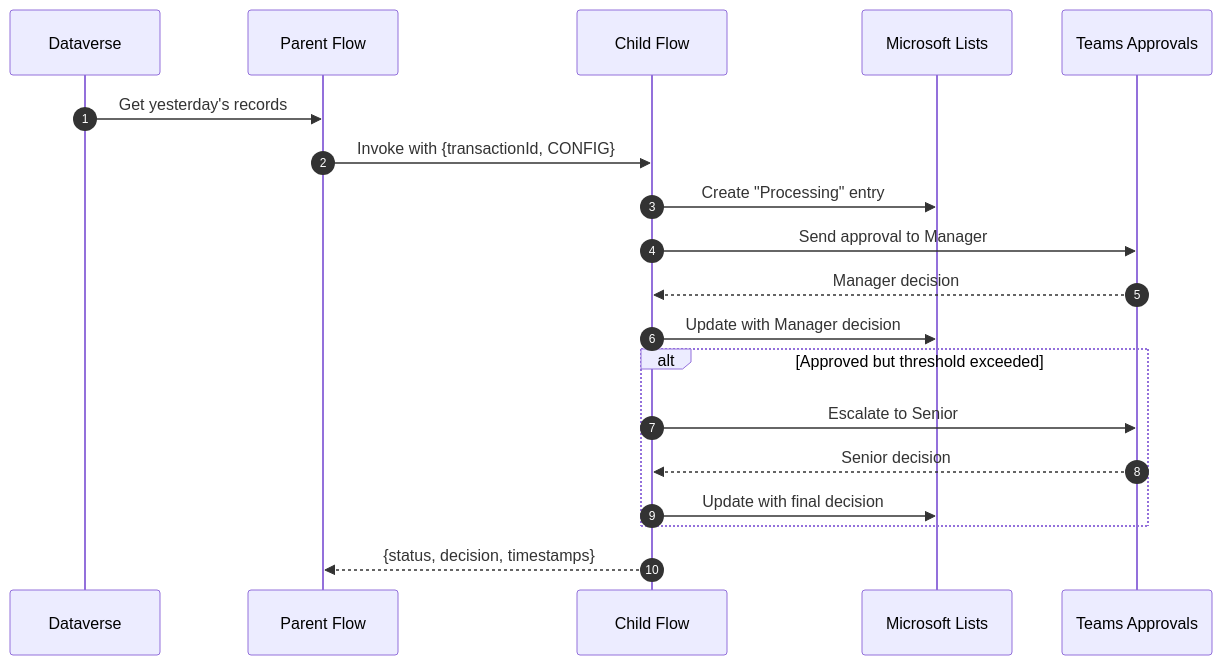
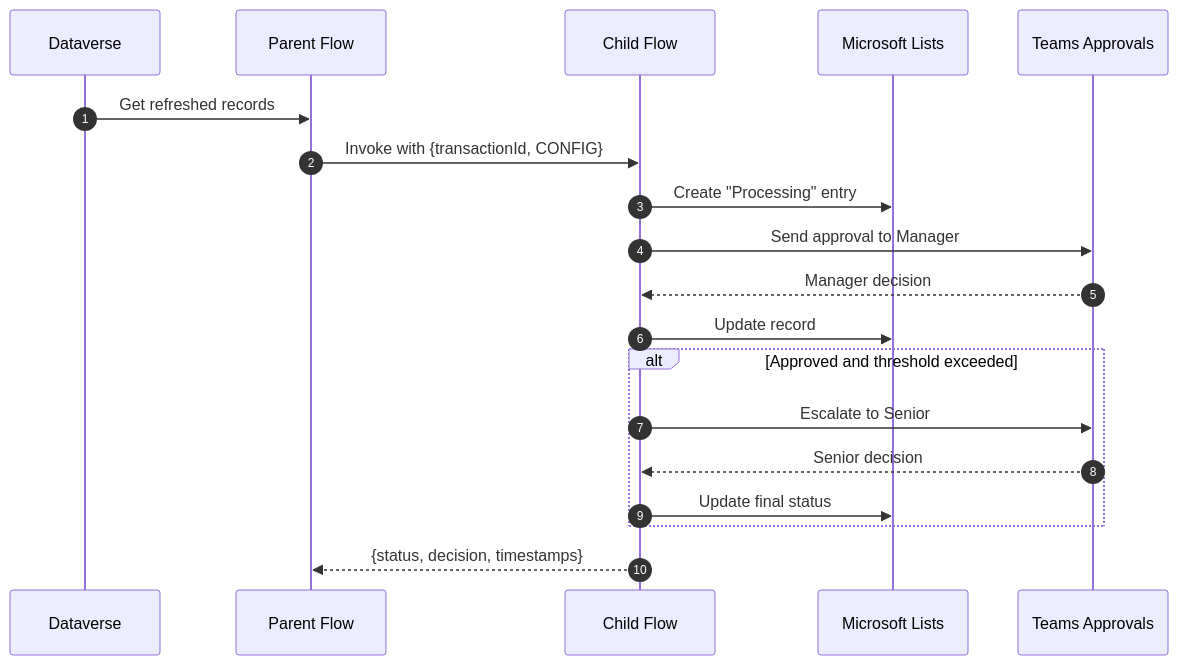
The second of 2 diagrams in src/app/md-pages/projects/power-automate-at-scale.mdx (PeterSVenton/portfolio), drawn with Mermaid before and after one commit. The commit also changed other lines of this file and 15 other files, not shown here.

````diff
--- a/src/app/md-pages/projects/power-automate-at-scale.mdx
+++ b/src/app/md-pages/projects/power-automate-at-scale.mdx
@@ -81,24 +102,24 @@
 ```mermaid
 sequenceDiagram
   autonumber
   participant DV as Dataverse
   participant P as Parent Flow
   participant C as Child Flow
   participant L as Microsoft Lists
   participant T as Teams Approvals
 
-  DV->>P: Get yesterday's records
+  DV->>P: Get refreshed records
   P->>C: Invoke with {transactionId, CONFIG}
   C->>L: Create "Processing" entry
   C->>T: Send approval to Manager
   T-->>C: Manager decision
-  C->>L: Update with Manager decision
+  C->>L: Update record
 
-  alt Approved but threshold exceeded
+  alt Approved and threshold exceeded
     C->>T: Escalate to Senior
     T-->>C: Senior decision
-    C->>L: Update with final decision
+    C->>L: Update final status
   end
 
   C-->>P: {status, decision, timestamps}
 ```
````
